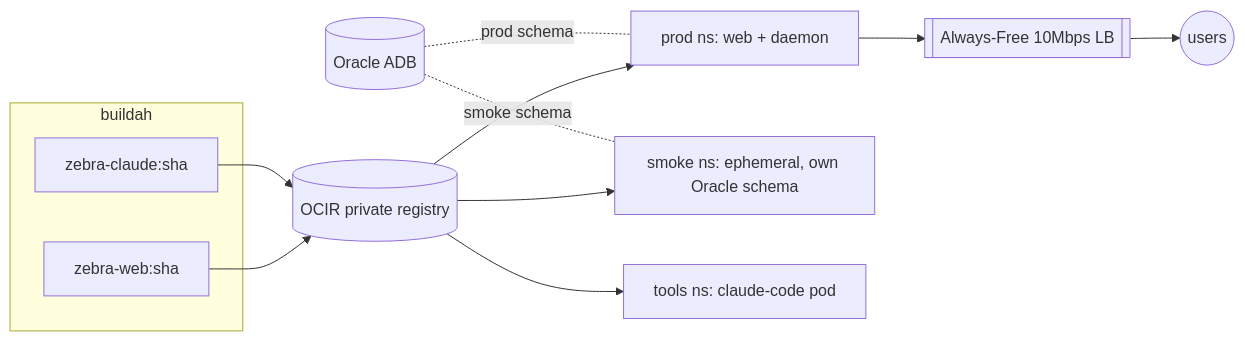
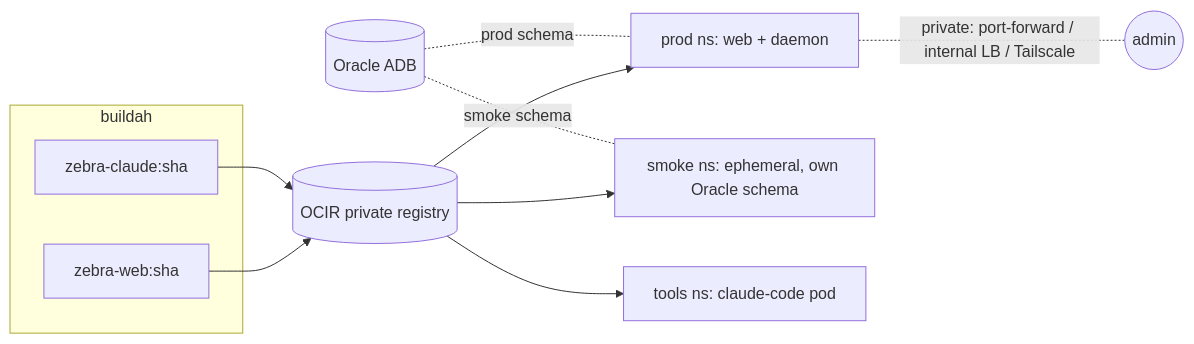
The diagram in deploy/oke/README.md (bgidley/zebra), drawn with Mermaid before and after one commit. The commit also changed other lines of this file and 3 other files, not shown here.

````diff
--- a/deploy/oke/README.md
+++ b/deploy/oke/README.md
@@ -15,14 +15,14 @@
 ```mermaid
 flowchart LR
   subgraph build[buildah]
     W[zebra-web:sha]
     C[zebra-claude:sha]
   end
   W & C --> OCIR[(OCIR private registry)]
   OCIR --> P[prod ns: web + daemon]
   OCIR --> S[smoke ns: ephemeral, own Oracle schema]
   OCIR --> T[tools ns: claude-code pod]
-  P --> LB[[Always-Free 10Mbps LB]] --> Users((users))
+  P -. private: port-forward / internal LB / Tailscale .- Users((admin))
   ADB[(Oracle ADB)] -. prod schema .- P
   ADB -. smoke schema .- S
 ```
````
